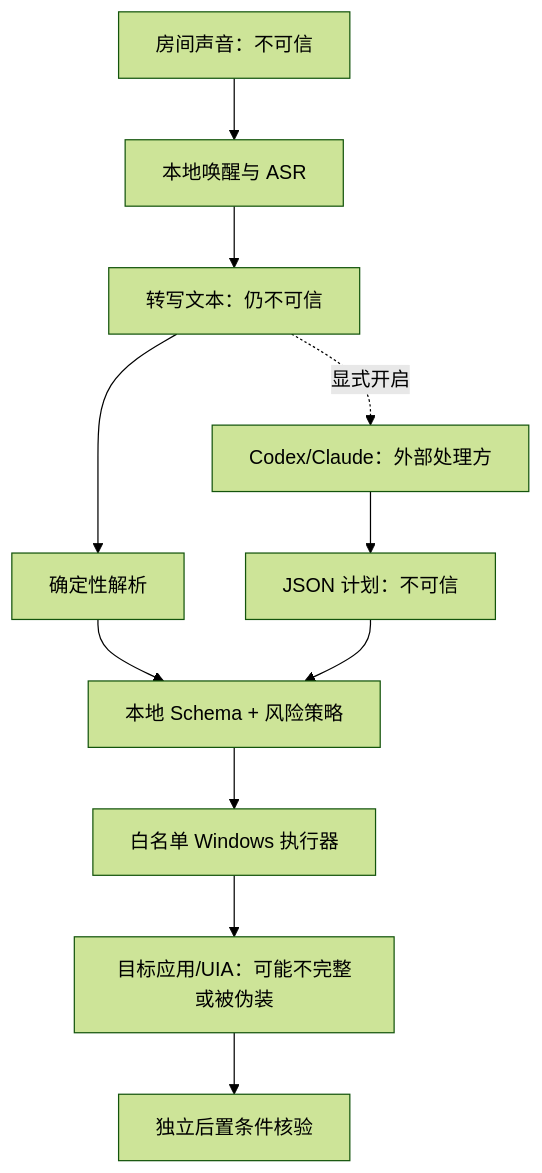
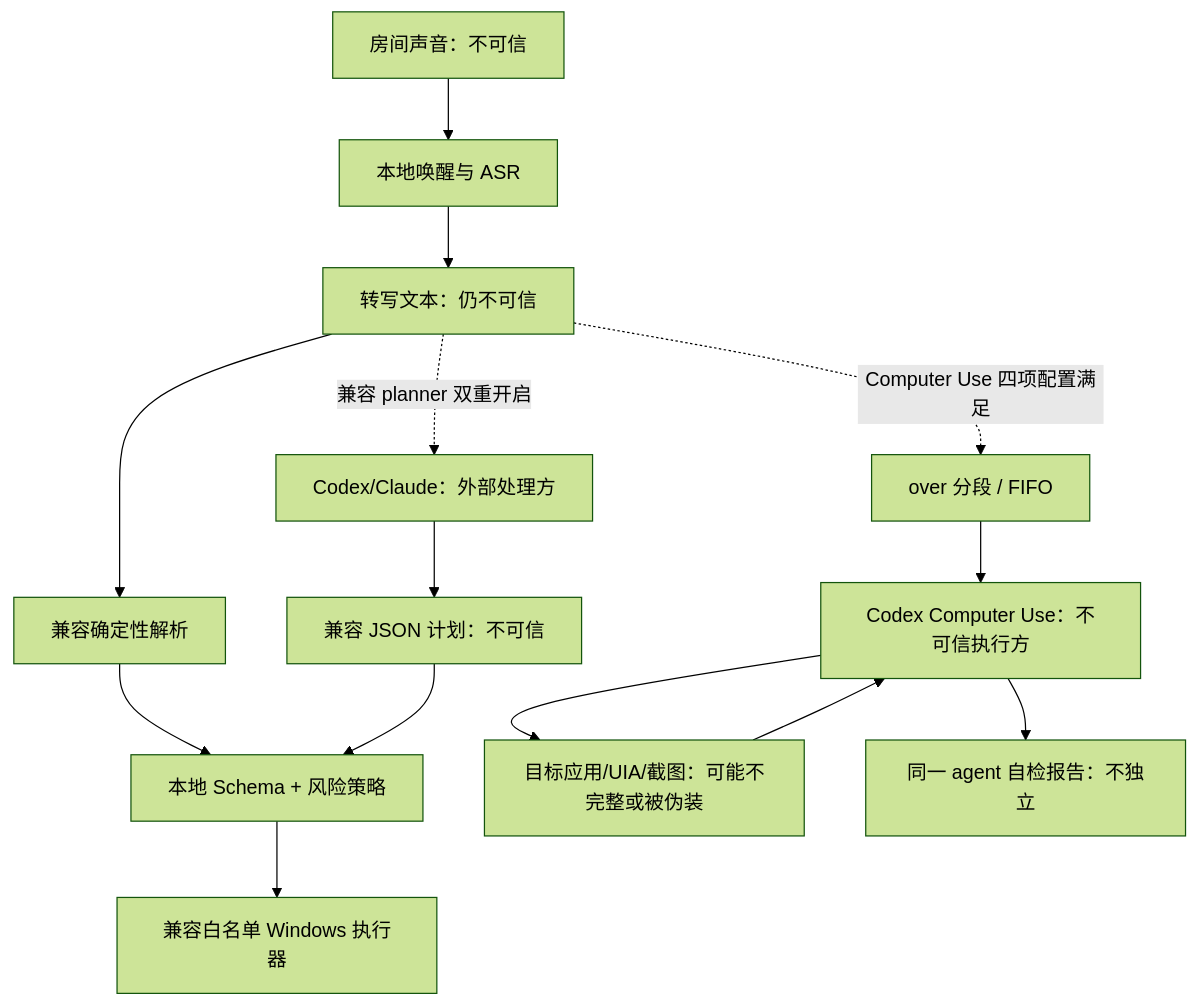
One commit to chenqin3/HandsFreePC changed the diagram in docs/SECURITY_MODEL.md. Above: the diagram before and after it, drawn with Mermaid (forest theme). The commit also changed other lines of this file and 24 other files, not shown here.

````diff
--- a/docs/SECURITY_MODEL.md
+++ b/docs/SECURITY_MODEL.md
@@ -33,13 +34,16 @@
 ```mermaid
 flowchart TB
     World[房间声音：不可信] --> LocalASR[本地唤醒与 ASR]
     LocalASR --> Text[转写文本：仍不可信]
-    Text --> Deterministic[确定性解析]
-    Text -. 显式开启 .-> Cloud[Codex/Claude：外部处理方]
-    Cloud --> Plan[JSON 计划：不可信]
+    Text --> Deterministic[兼容确定性解析]
+    Text -. 兼容 planner 双重开启 .-> Cloud[Codex/Claude：外部处理方]
+    Cloud --> Plan[兼容 JSON 计划：不可信]
     Deterministic --> Gate[本地 Schema + 风险策略]
     Plan --> Gate
-    Gate --> Executor[白名单 Windows 执行器]
-    Executor --> UI[目标应用/UIA：可能不完整或被伪装]
-    UI --> Verify[独立后置条件核验]
+    Gate --> Executor[兼容白名单 Windows 执行器]
+    Text -. Computer Use 四项配置满足 .-> Queue[over 分段 / FIFO]
+    Queue --> CU[Codex Computer Use：不可信执行方]
+    UI[目标应用/UIA/截图：可能不完整或被伪装] --> CU
+    CU --> UI
+    CU --> Report[同一 agent 自检报告：不独立]
 ```
````
